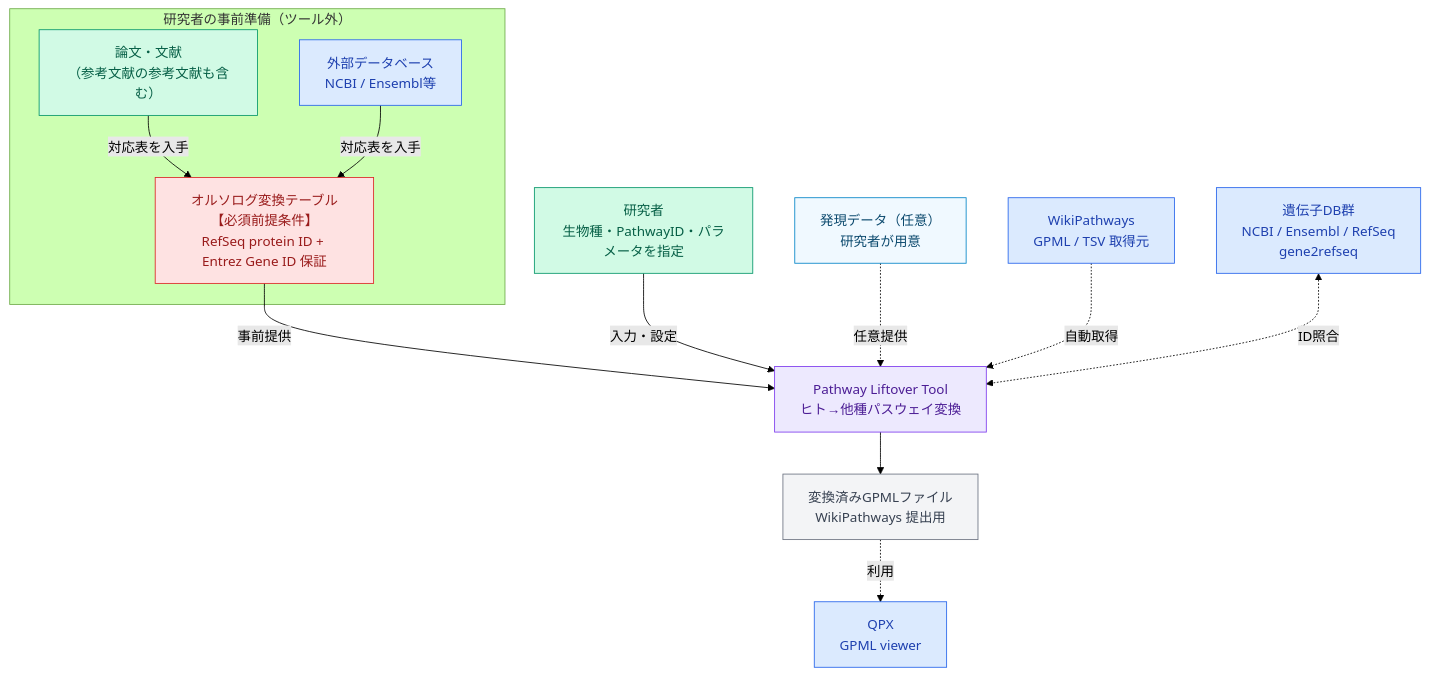
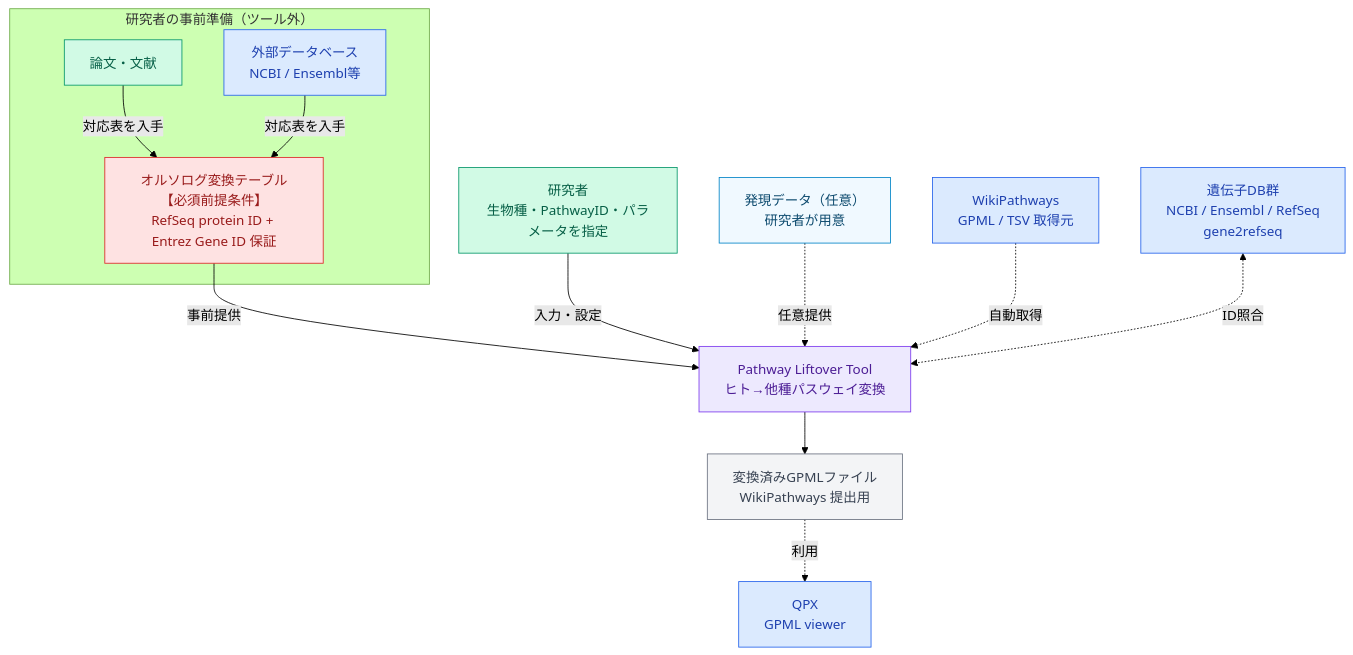
One commit to dogrunjp/PathLift changed the first of 3 diagrams in 設計資料/仕様検討/c4_model_draft.md. Above: the diagram before and after it, drawn with Mermaid (forest theme). The commit also changed other lines of this file, not shown here.

Commit message:
L1図のノードラベルを簡略化（「論文・文献」に短縮）
詳細な補足（参考文献の参考文献）はテキスト本文の研究者責務の記述に任せ、
図のノードは簡潔に保つ。

````diff
--- a/設計資料/仕様検討/c4_model_draft.md
+++ b/設計資料/仕様検討/c4_model_draft.md
@@ -9,32 +9,32 @@
 ```mermaid
 flowchart TD
     subgraph PREP["研究者の事前準備（ツール外）"]
-        LIT["論文・文献\n（参考文献の参考文献も含む）"]:::researcher
+        LIT["論文・文献"]:::researcher
         DBOUT["外部データベース\nNCBI / Ensembl等"]:::external
         OT["オルソログ変換テーブル\n【必須前提条件】\nRefSeq protein ID + Entrez Gene ID 保証"]:::required
         LIT -->|対応表を入手| OT
         DBOUT -->|対応表を入手| OT
     end
     RE["研究者\n生物種・PathwayID・パラメータを指定"]:::researcher
     ED["発現データ（任意）\n研究者が用意"]:::optional
     WP["WikiPathways\nGPML / TSV 取得元"]:::external
     GDB["遺伝子DB群\nNCBI / Ensembl / RefSeq\ngene2refseq"]:::external
     PL["Pathway Liftover Tool\nヒト→他種パスウェイ変換"]:::core
     OUT["変換済みGPMLファイル\nWikiPathways 提出用"]:::output
     QPX["QPX\nGPML viewer"]:::external
 
     OT -->|事前提供| PL
     RE -->|入力・設定| PL
     ED -.->|任意提供| PL
     WP -.->|自動取得| PL
     GDB <-.->|ID照合| PL
     PL --> OUT
     OUT -.->|利用| QPX
 
     classDef researcher fill:#d1fae5,stroke:#059669,color:#065f46
     classDef external  fill:#dbeafe,stroke:#2563eb,color:#1e40af
     classDef required  fill:#fee2e2,stroke:#dc2626,color:#991b1b
     classDef optional  fill:#f0f9ff,stroke:#0284c7,color:#0c4a6e
     classDef core      fill:#ede9fe,stroke:#7c3aed,color:#4c1d95
     classDef output    fill:#f3f4f6,stroke:#6b7280,color:#374151
 ```
````
